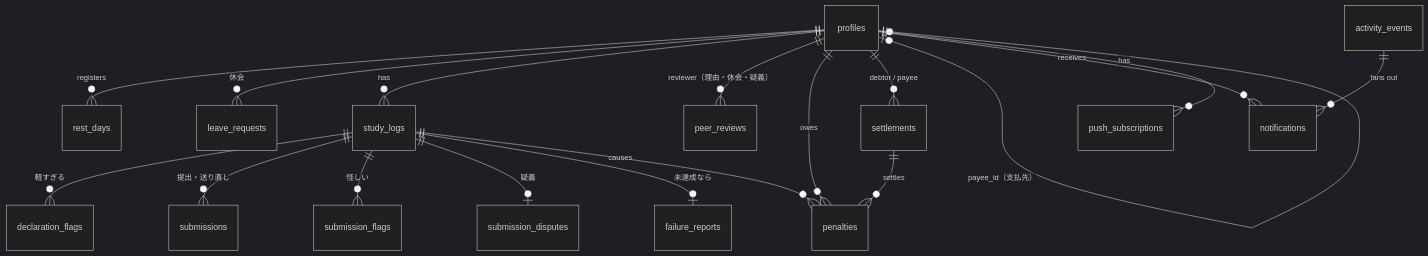
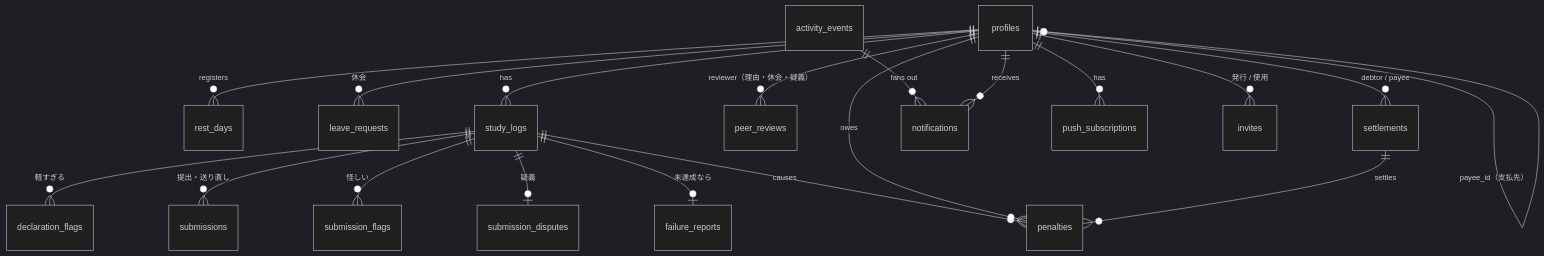
One commit to ashilal1/force-study-app changed the diagram in docs/database.md. Above: the diagram before and after it, drawn with Mermaid (dark theme). The commit also changed other lines of this file and 30 other files, not shown here.

````diff
--- a/docs/database.md
+++ b/docs/database.md
@@ -7,20 +7,21 @@
 ```mermaid
 erDiagram
     profiles ||--o{ rest_days : "registers"
     profiles ||--o{ leave_requests : "休会"
     profiles ||--o{ study_logs : "has"
     study_logs ||--o{ declaration_flags : "軽すぎる"
     study_logs ||--o{ submissions : "提出・送り直し"
     study_logs ||--o{ submission_flags : "怪しい"
     study_logs ||--o| submission_disputes : "疑義"
     study_logs ||--o| failure_reports : "未達成なら"
     profiles ||--o{ peer_reviews : "reviewer（理由・休会・疑義）"
     study_logs ||--o{ penalties : "causes"
     profiles ||--o{ penalties : "owes"
     settlements ||--o{ penalties : "settles"
     profiles ||--o{ settlements : "debtor / payee"
     profiles |o--o| profiles : "payee_id（支払先）"
     activity_events ||--o{ notifications : "fans out"
     profiles ||--o{ notifications : "receives"
     profiles ||--o{ push_subscriptions : "has"
+    profiles ||--o{ invites : "発行 / 使用"
 ```
````
